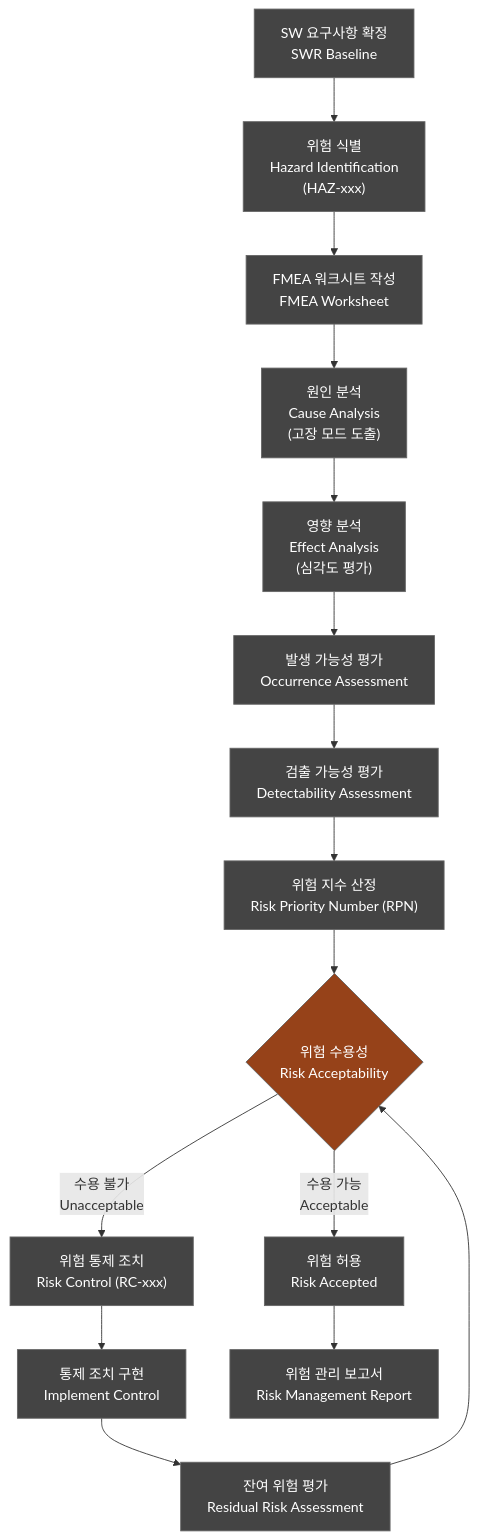
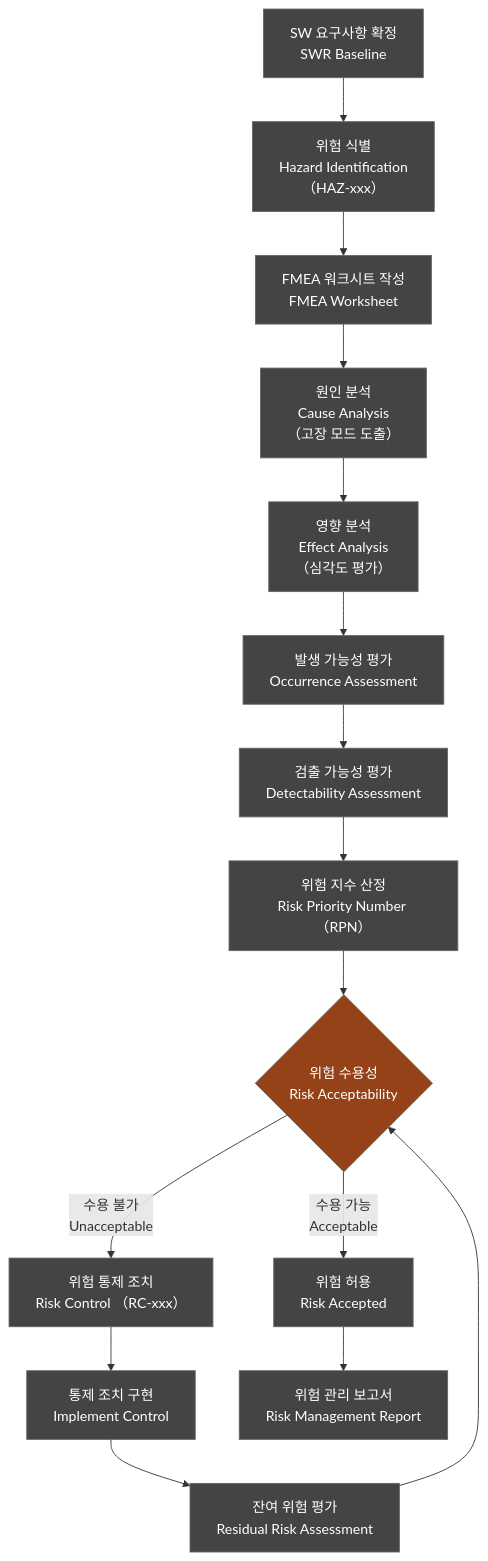
One commit to holee9/console-gui changed the tenth of 15 diagrams in docs/management/DOC-003a_SW_Development_Procedure_v1.0.md. Above: the diagram before and after it, drawn with Mermaid. The commit also changed other lines of this file and 22 other files, not shown here.

First line of the commit message:
fix: Mermaid flowchart 노드 내 괄호 파싱 오류 전면 수정

````diff
--- a/docs/management/DOC-003a_SW_Development_Procedure_v1.0.md
+++ b/docs/management/DOC-003a_SW_Development_Procedure_v1.0.md
@@ -1033,20 +1033,20 @@
 ```mermaid
 flowchart TD
     classDef default fill:#444,stroke:#666,color:#fff
-    A["SW 요구사항 확정\nSWR Baseline"] --> B["위험 식별\nHazard Identification\n(HAZ-xxx)"]
+    A["SW 요구사항 확정\nSWR Baseline"] --> B["위험 식별\nHazard Identification\n（HAZ-xxx）"]
     B --> C["FMEA 워크시트 작성\nFMEA Worksheet"]
-    C --> D["원인 분석\nCause Analysis\n(고장 모드 도출)"]
-    D --> E["영향 분석\nEffect Analysis\n(심각도 평가)"]
+    C --> D["원인 분석\nCause Analysis\n（고장 모드 도출）"]
+    D --> E["영향 분석\nEffect Analysis\n（심각도 평가）"]
     E --> F["발생 가능성 평가\nOccurrence Assessment"]
     F --> G["검출 가능성 평가\nDetectability Assessment"]
-    G --> H["위험 지수 산정\nRisk Priority Number (RPN)"]
+    G --> H["위험 지수 산정\nRisk Priority Number （RPN）"]
     H --> I{위험 수용성\nRisk Acceptability}
-    I -->|"수용 불가\nUnacceptable"| J["위험 통제 조치\nRisk Control (RC-xxx)"]
+    I -->|"수용 불가\nUnacceptable"| J["위험 통제 조치\nRisk Control （RC-xxx）"]
     J --> K["통제 조치 구현\nImplement Control"]
     K --> L["잔여 위험 평가\nResidual Risk Assessment"]
     L --> I
     I -->|"수용 가능\nAcceptable"| M["위험 허용\nRisk Accepted"]
     M --> N["위험 관리 보고서\nRisk Management Report"]
 
     style I fill:#964219,color:#fff
 ```
````
